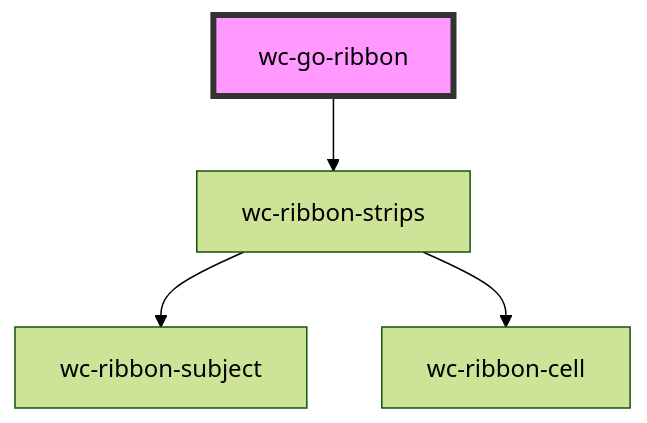
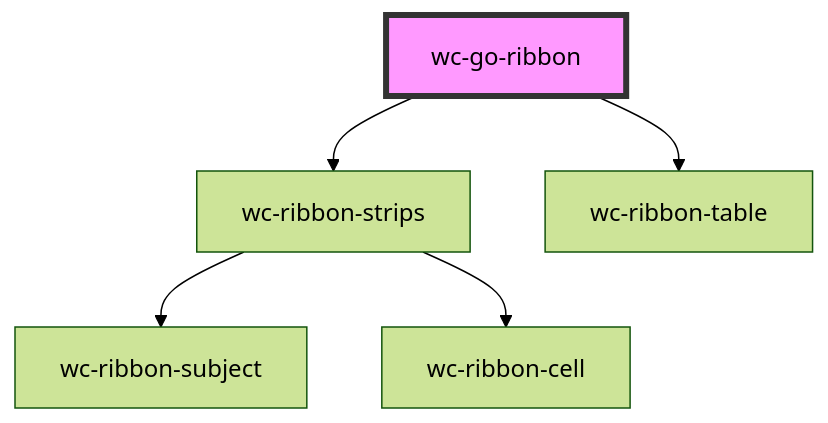
The diagram in wc-go-ribbon/src/components/go-ribbon/readme.md (geneontology/wc-ribbon), drawn with Mermaid (forest theme) before and after one commit. The commit also changed other lines of this file and 3 other files, not shown here.

Commit message:
Fix graph dependency & NPM update

````diff
--- a/wc-go-ribbon/src/components/go-ribbon/readme.md
+++ b/wc-go-ribbon/src/components/go-ribbon/readme.md
@@ -55,7 +56,8 @@
 ```mermaid
 graph TD;
   wc-go-ribbon --> wc-ribbon-strips
+  wc-go-ribbon --> wc-ribbon-table
   wc-ribbon-strips --> wc-ribbon-subject
   wc-ribbon-strips --> wc-ribbon-cell
   style wc-go-ribbon fill:#f9f,stroke:#333,stroke-width:4px
 ```
````
